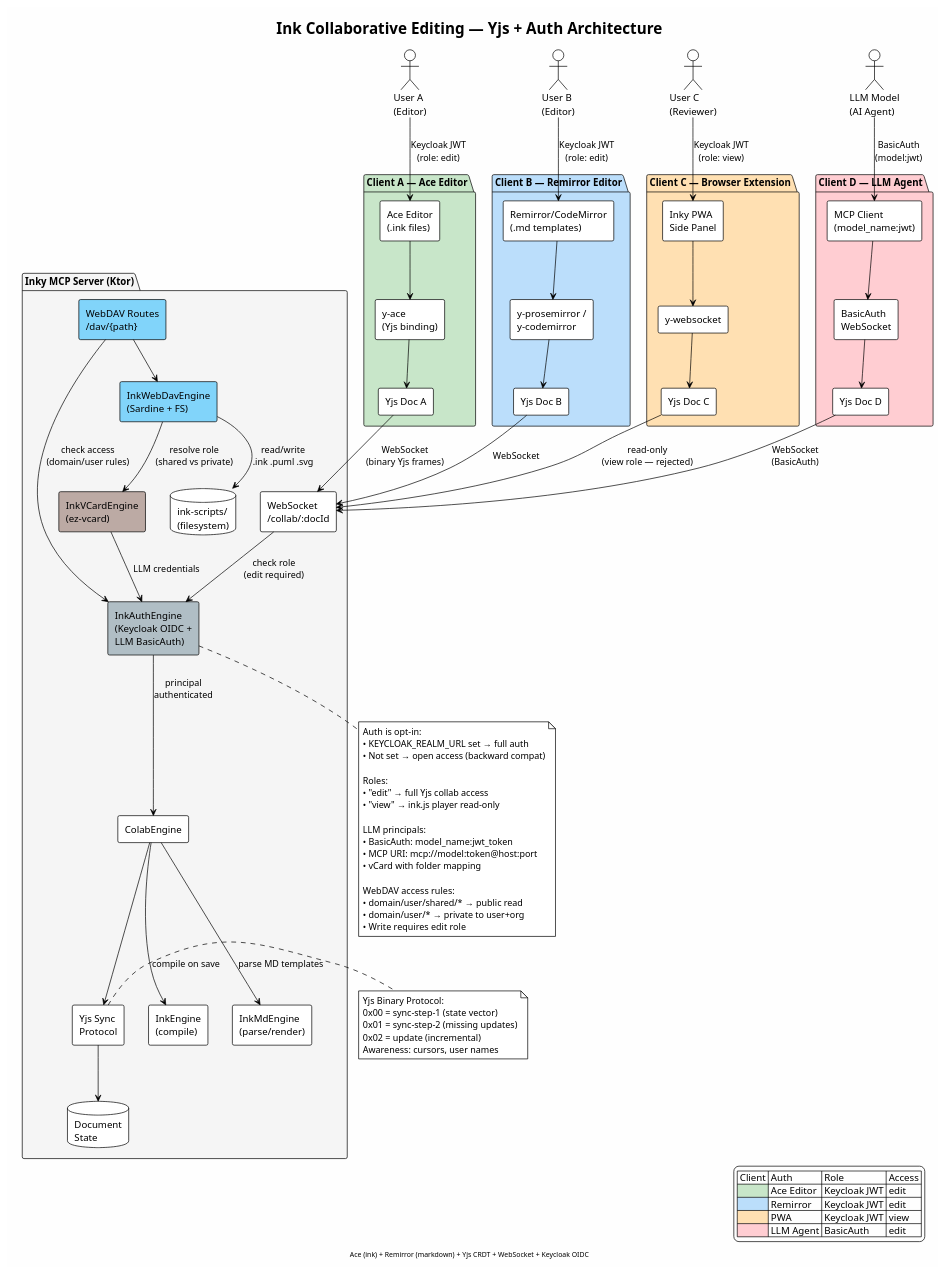
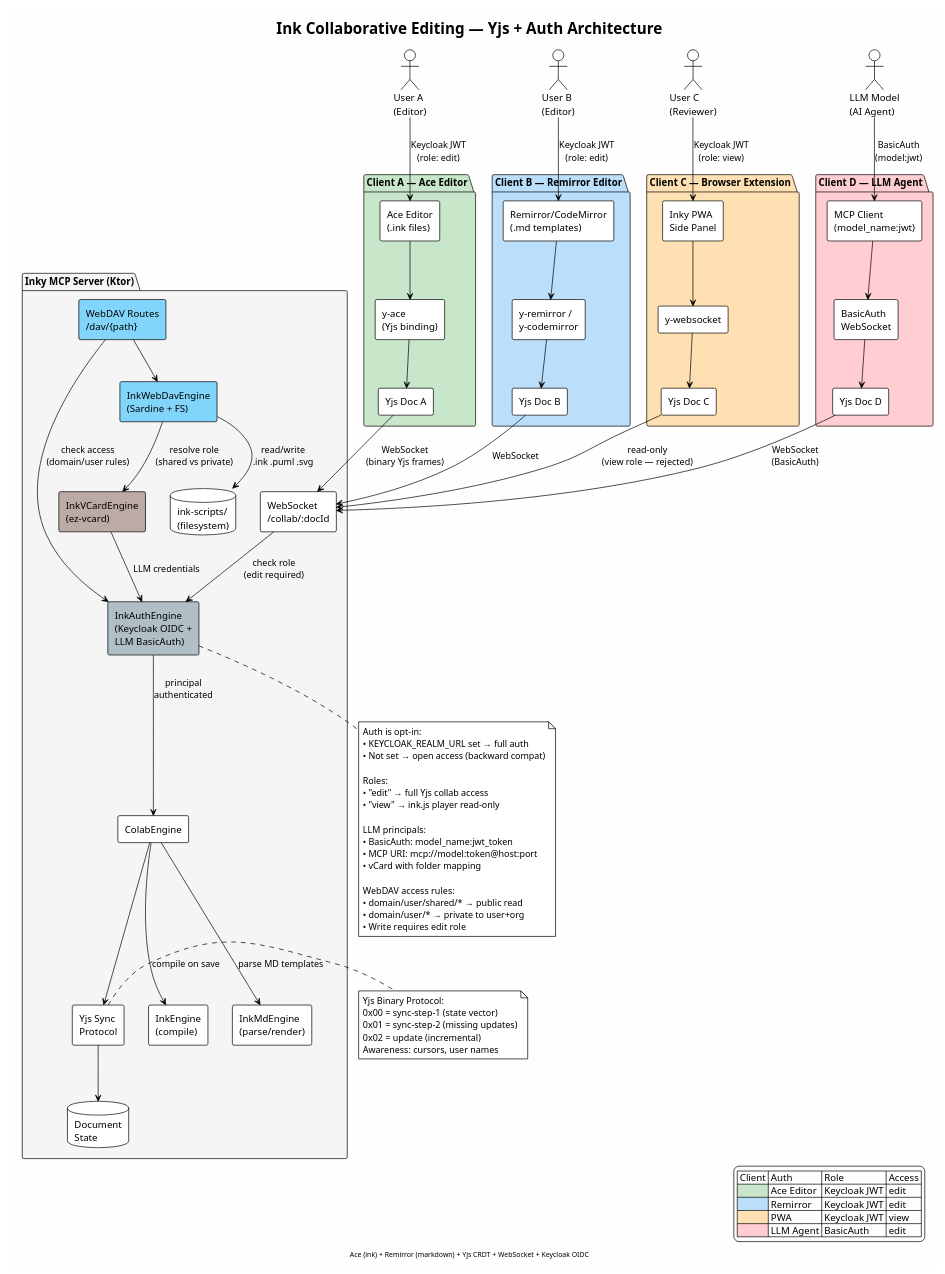
The diagram in docs/architecture/ink-collab-yjs.puml (VRDate/inky), drawn with PlantUML before and after one commit. The commit also changed 8 other files, not shown here.

```diff
--- a/docs/architecture/ink-collab-yjs.puml
+++ b/docs/architecture/ink-collab-yjs.puml
@@ -1,133 +1,133 @@
 @startuml ink-collab-yjs
 !theme plain
 skinparam backgroundColor #FEFEFE
 
 title Ink Collaborative Editing — Yjs + Auth Architecture
 footer Ace (ink) + Remirror (markdown) + Yjs CRDT + WebSocket + Keycloak OIDC
 
 actor "User A\n(Editor)" as userA
 actor "User B\n(Editor)" as userB
 actor "User C\n(Reviewer)" as userC
 actor "LLM Model\n(AI Agent)" as llmAgent
 
 ' ── Client Side ──
 package "Client A — Ace Editor" as clientA #C8E6C9 {
     rectangle "Ace Editor\n(.ink files)" as aceA
     rectangle "y-ace\n(Yjs binding)" as yaceA
     rectangle "Yjs Doc A" as ydocA
 }
 
 package "Client B — Remirror Editor" as clientB #BBDEFB {
     rectangle "Remirror/CodeMirror\n(.md templates)" as remirrorB
-    rectangle "y-prosemirror /\ny-codemirror" as ycmB
+    rectangle "y-remirror /\ny-codemirror" as ycmB
     rectangle "Yjs Doc B" as ydocB
 }
 
 package "Client C — Browser Extension" as clientC #FFE0B2 {
     rectangle "Inky PWA\nSide Panel" as pwaC
     rectangle "y-websocket" as ywsC
     rectangle "Yjs Doc C" as ydocC
 }
 
 package "Client D — LLM Agent" as clientD #FFCDD2 {
     rectangle "MCP Client\n(model_name:jwt)" as mcpClient
     rectangle "BasicAuth\nWebSocket" as llmWs
     rectangle "Yjs Doc D" as ydocD
 }
 
 ' ── Server Side ──
 package "Inky MCP Server (Ktor)" as server #F5F5F5 {
     rectangle "InkAuthEngine\n(Keycloak OIDC +\nLLM BasicAuth)" as authEngine #B0BEC5
 
     rectangle "ColabEngine" as colabEngine
     rectangle "Yjs Sync\nProtocol" as yjsSync
     rectangle "WebSocket\n/collab/:docId" as wsEndpoint
 
     rectangle "InkEngine\n(compile)" as inkEngine
     rectangle "InkMdEngine\n(parse/render)" as inkMdEngine
 
     rectangle "InkVCardEngine\n(ez-vcard)" as vcardEngine #BCAAA4
 
     rectangle "InkWebDavEngine\n(Sardine + FS)" as webDavEngine #81D4FA
     rectangle "WebDAV Routes\n/dav/{path}" as davEndpoint #81D4FA
 
     database "Document\nState" as docState
     database "ink-scripts/\n(filesystem)" as inkScripts
 }
 
 ' ── Auth Flow ──
 userA --> aceA : Keycloak JWT\n(role: edit)
 userB --> remirrorB : Keycloak JWT\n(role: edit)
 userC --> pwaC : Keycloak JWT\n(role: view)
 llmAgent --> mcpClient : BasicAuth\n(model:jwt)
 
 ' ── Connections ──
 aceA --> yaceA
 yaceA --> ydocA
 ydocA --> wsEndpoint : WebSocket\n(binary Yjs frames)
 
 remirrorB --> ycmB
 ycmB --> ydocB
 ydocB --> wsEndpoint : WebSocket
 
 pwaC --> ywsC
 ywsC --> ydocC
 ydocC --> wsEndpoint : "read-only\n(view role — rejected)"
 
 mcpClient --> llmWs
 llmWs --> ydocD
 ydocD --> wsEndpoint : WebSocket\n(BasicAuth)
 
 wsEndpoint --> authEngine : "check role\n(edit required)"
 authEngine --> colabEngine : "principal\nauthenticated"
 colabEngine --> yjsSync
 yjsSync --> docState
 
 colabEngine --> inkEngine : compile on save
 colabEngine --> inkMdEngine : parse MD templates
 
 vcardEngine --> authEngine : LLM credentials
 
 davEndpoint --> authEngine : "check access\n(domain/user rules)"
 davEndpoint --> webDavEngine
 webDavEngine --> vcardEngine : "resolve role\n(shared vs private)"
 webDavEngine --> inkScripts : "read/write\n.ink .puml .svg"
 
 ' ── Protocol ──
 note right of yjsSync
   Yjs Binary Protocol:
   0x00 = sync-step-1 (state vector)
   0x01 = sync-step-2 (missing updates)
   0x02 = update (incremental)
   Awareness: cursors, user names
 end note
 
 note bottom of authEngine
   Auth is opt-in:
   • KEYCLOAK_REALM_URL set → full auth
   • Not set → open access (backward compat)
 
   Roles:
   • "edit" → full Yjs collab access
   • "view" → ink.js player read-only
 
   LLM principals:
   • BasicAuth: model_name:jwt_token
   • MCP URI: mcp://model:token@host:port
   • vCard with folder mapping
 
   WebDAV access rules:
   • domain/user/shared/* → public read
   • domain/user/* → private to user+org
   • Write requires edit role
 end note
 
 legend right
   | Client | Auth | Role | Access |
   |<#C8E6C9>| Ace Editor | Keycloak JWT | edit | Full collab |
   |<#BBDEFB>| Remirror | Keycloak JWT | edit | Full collab |
   |<#FFE0B2>| PWA | Keycloak JWT | view | Read-only |
   |<#FFCDD2>| LLM Agent | BasicAuth | edit | Full collab |
 endlegend
 
 @enduml
```
